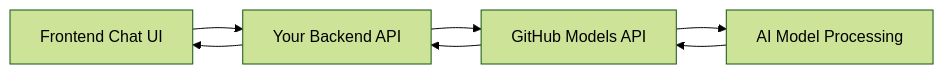
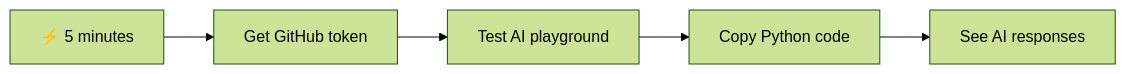
The first of 10 diagrams in translations/bn/9-chat-project/README.md (microsoft/Web-Dev-For-Beginners), drawn with Mermaid (forest theme) before and after one commit. The commit also changed other lines of this file and 260 other files, not shown here.

````diff
--- a/translations/bn/9-chat-project/README.md
+++ b/translations/bn/9-chat-project/README.md
@@ -69,9 +28,7 @@
 ```mermaid
-graph LR
-    A[Frontend Chat UI] --> B[Your Backend API]
-    B --> C[GitHub Models API]
-    C --> D[AI Model Processing]
-    D --> C
-    C --> B
-    B --> A
+flowchart LR
+    A[⚡ 5 minutes] --> B[Get GitHub token]
+    B --> C[Test AI playground]
+    C --> D[Copy Python code]
+    D --> E[See AI responses]
 ```
````
